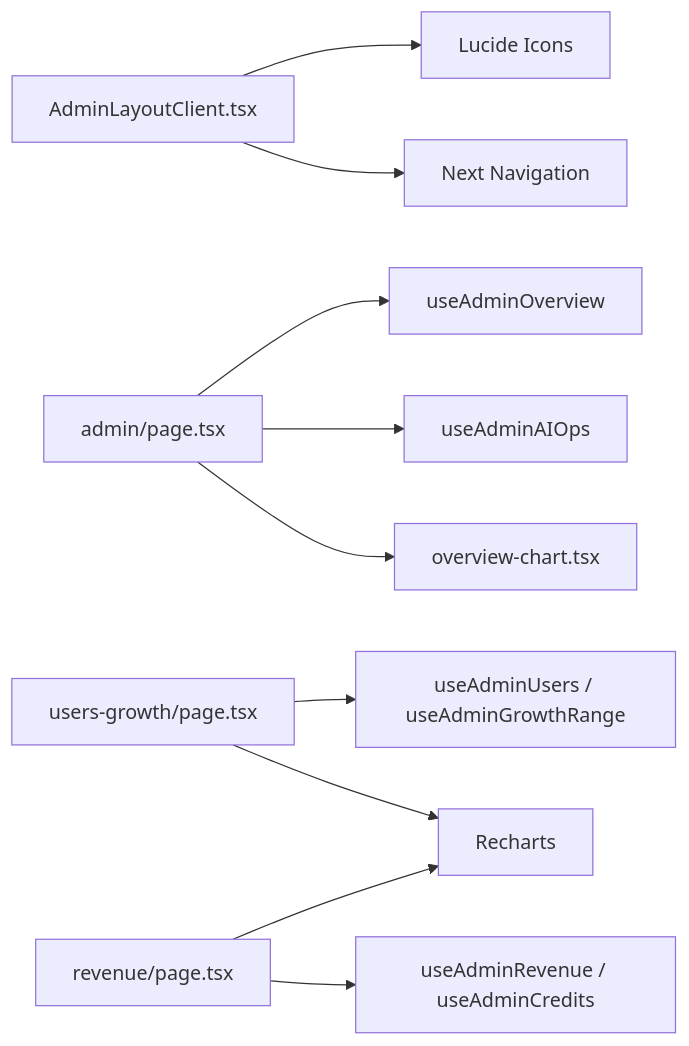
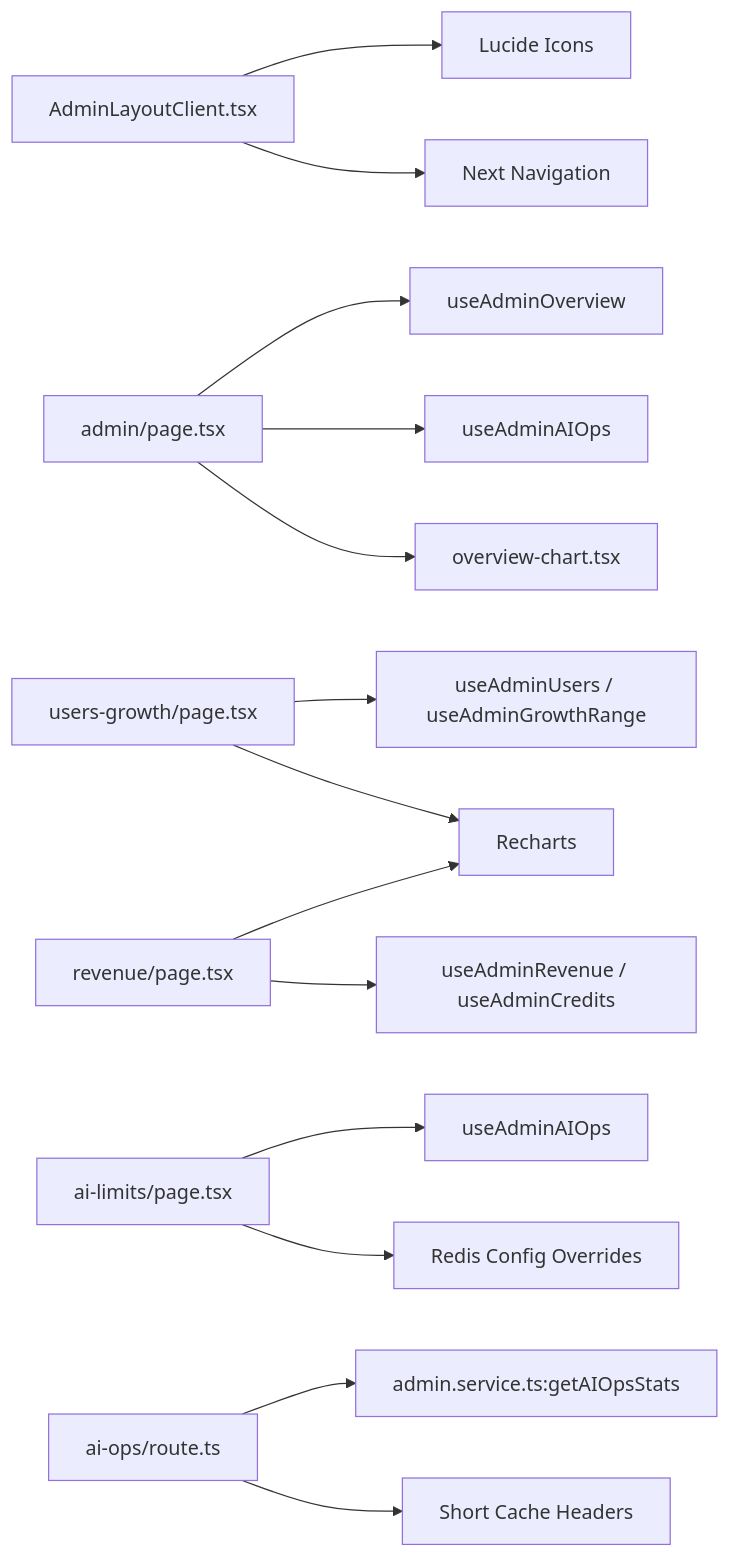
The tenth of 10 diagrams in .qoder/repowiki/en/content/Core Features/Administrative Tools.md (ecryptoguru/lyraalpha), drawn with Mermaid before and after one commit. The commit also changed other lines of this file and 95 other files, not shown here.

````diff
--- a/.qoder/repowiki/en/content/Core Features/Administrative Tools.md
+++ b/.qoder/repowiki/en/content/Core Features/Administrative Tools.md
@@ -262,12 +353,16 @@
 ```mermaid
 graph LR
 AdminLayoutClient["AdminLayoutClient.tsx"] --> Icons["Lucide Icons"]
 AdminLayoutClient --> NextRouting["Next Navigation"]
 Overview["admin/page.tsx"] --> HooksA["useAdminOverview"]
 Overview --> HooksB["useAdminAIOps"]
 Overview --> Charts["overview-chart.tsx"]
 UsersGrowth["users-growth/page.tsx"] --> HooksUG["useAdminUsers / useAdminGrowthRange"]
 UsersGrowth --> Recharts["Recharts"]
 Revenue["revenue/page.tsx"] --> HooksRev["useAdminRevenue / useAdminCredits"]
 Revenue --> Recharts
+AILimits["ai-limits/page.tsx"] --> HooksAIOps["useAdminAIOps"]
+AILimits --> Redis["Redis Config Overrides"]
+AIOps["ai-ops/route.ts"] --> AdminService["admin.service.ts:getAIOpsStats"]
+AIOps --> Cache["Short Cache Headers"]
 ```
````
